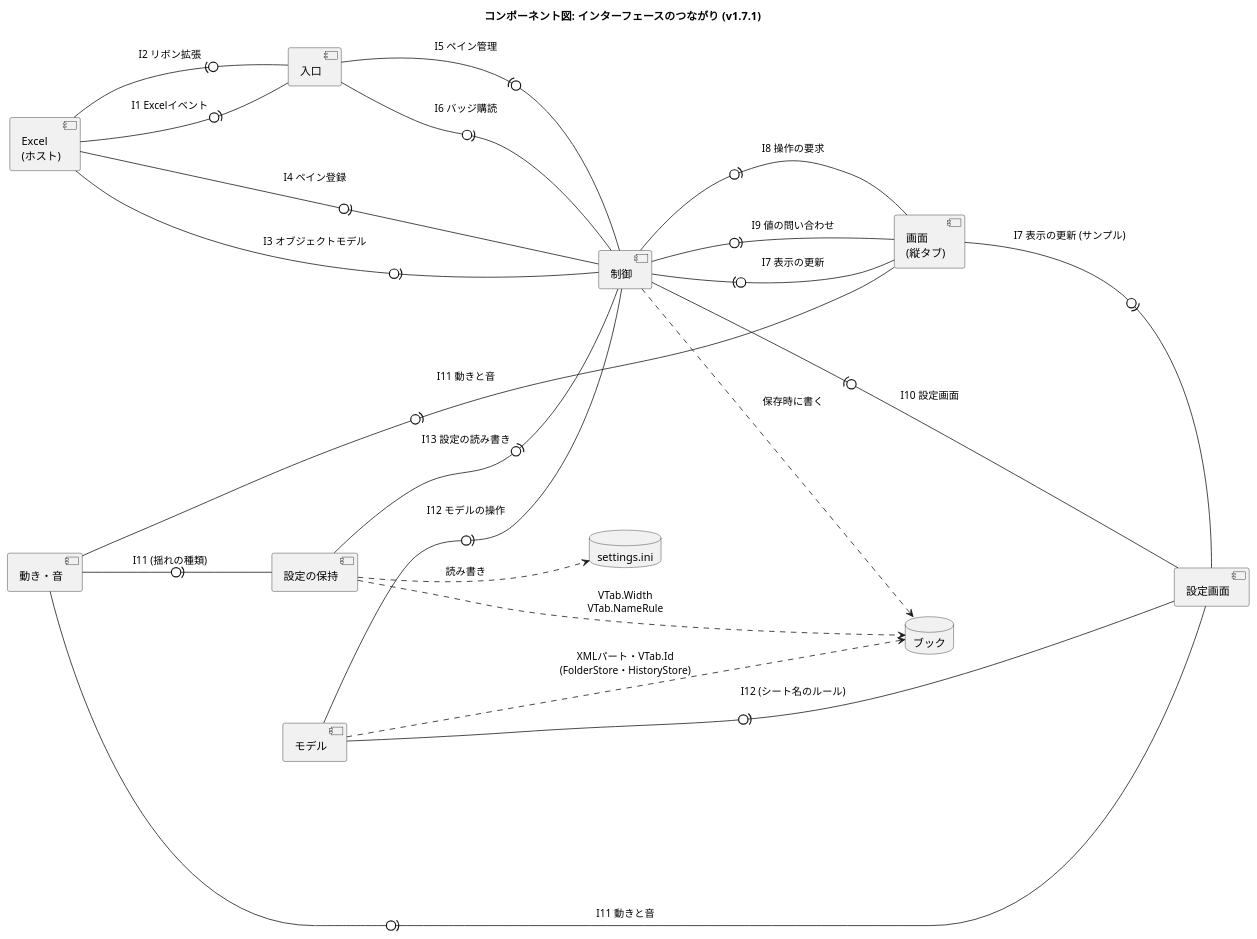
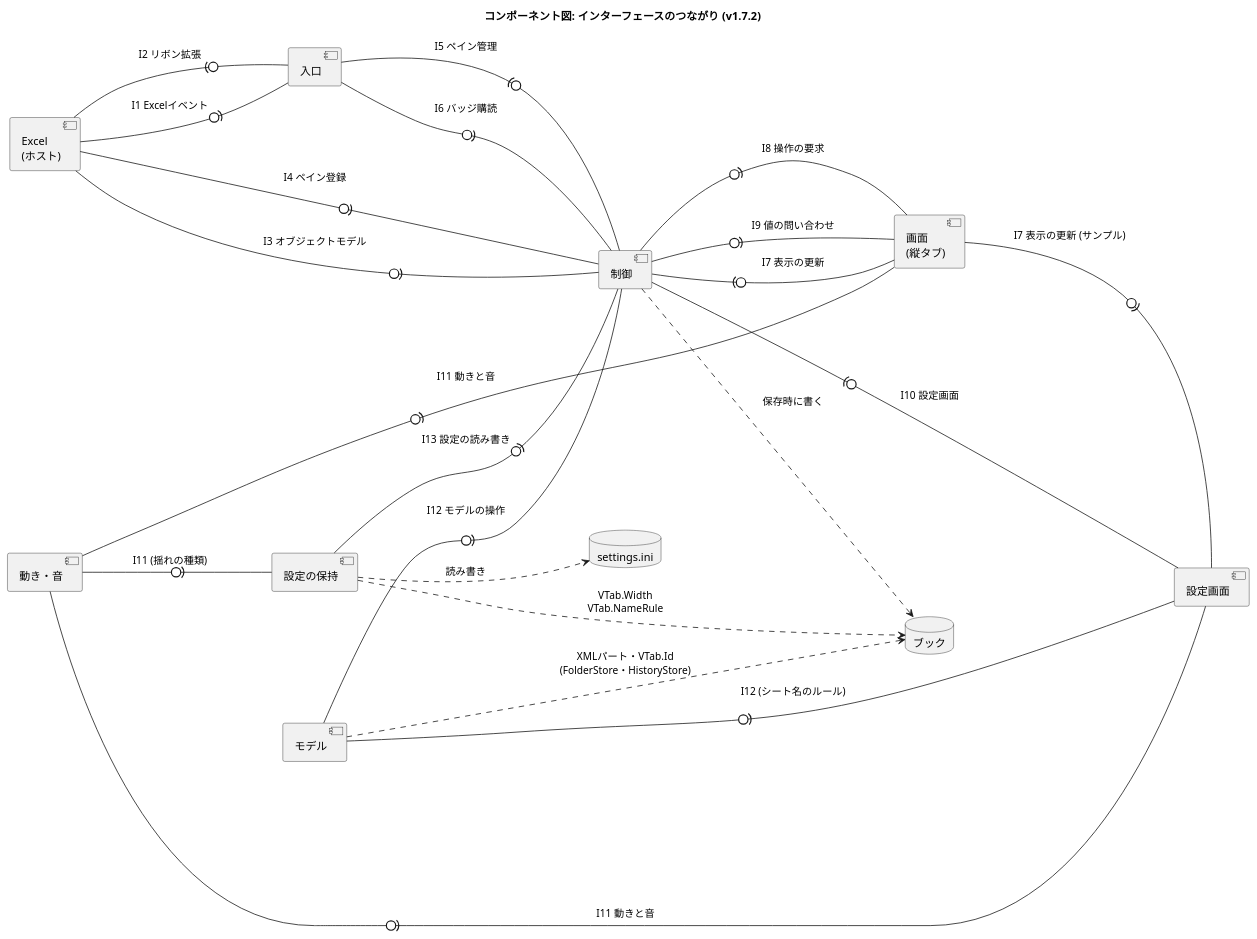
Before and after one commit to nk-taka623/VerticalSheetTabs: the diagram in docs/component-interface.puml, drawn with PlantUML. The commit also changed 15 other files, not shown here.

```diff
--- a/docs/component-interface.puml
+++ b/docs/component-interface.puml
@@ -1,43 +1,43 @@
 @startuml
-title コンポーネント図: インターフェースのつながり (v1.7.1)
+title コンポーネント図: インターフェースのつながり (v1.7.2)
 left to right direction
 skinparam componentStyle uml2
 skinparam shadowing false
 skinparam nodesep 50
 skinparam ranksep 110
 
 component "Excel\n(ホスト)" as HOST
 component "入口" as ENTRY
 component "制御" as CTRL
 component "画面\n(縦タブ)" as VIEW
 component "設定画面" as SETTINGS
 component "動き・音" as FX
 component "モデル" as MODEL
 component "設定の保持" as CONFIG
 database "ブック" as BOOK
 database "settings.ini" as INI
 
 ' 「提供側 -0)- 利用側」: 丸が提供するインターフェース、受け口が利用 (I1 から I13 は、DEVELOPMENT.md の表)
 HOST -0)- ENTRY : I1 Excelイベント
 ENTRY -0)- HOST : I2 リボン拡張
 HOST -0)- CTRL : I3 オブジェクトモデル
 HOST -0)- CTRL : I4 ペイン登録
 CTRL -0)- ENTRY : I5 ペイン管理
 ENTRY -0)- CTRL : I6 バッジ購読
 VIEW -0)- CTRL : I7 表示の更新
 CTRL -0)- VIEW : I8 操作の要求
 CTRL -0)- VIEW : I9 値の問い合わせ
 SETTINGS -0)- CTRL : I10 設定画面
 VIEW -0)- SETTINGS : I7 表示の更新 (サンプル)
 FX -0)- VIEW : I11 動きと音
 FX -0)- SETTINGS : I11 動きと音
 FX -0)- CONFIG : I11 (揺れの種類)
 MODEL -0)- CTRL : I12 モデルの操作
 MODEL -0)- SETTINGS : I12 (シート名のルール)
 CONFIG -0)- CTRL : I13 設定の読み書き
 
 CTRL ..> BOOK : 保存時に書く
 MODEL ..> BOOK : XMLパート・VTab.Id\n(FolderStore・HistoryStore)
 CONFIG ..> BOOK : VTab.Width\nVTab.NameRule
 CONFIG ..> INI : 読み書き
 @enduml
```
